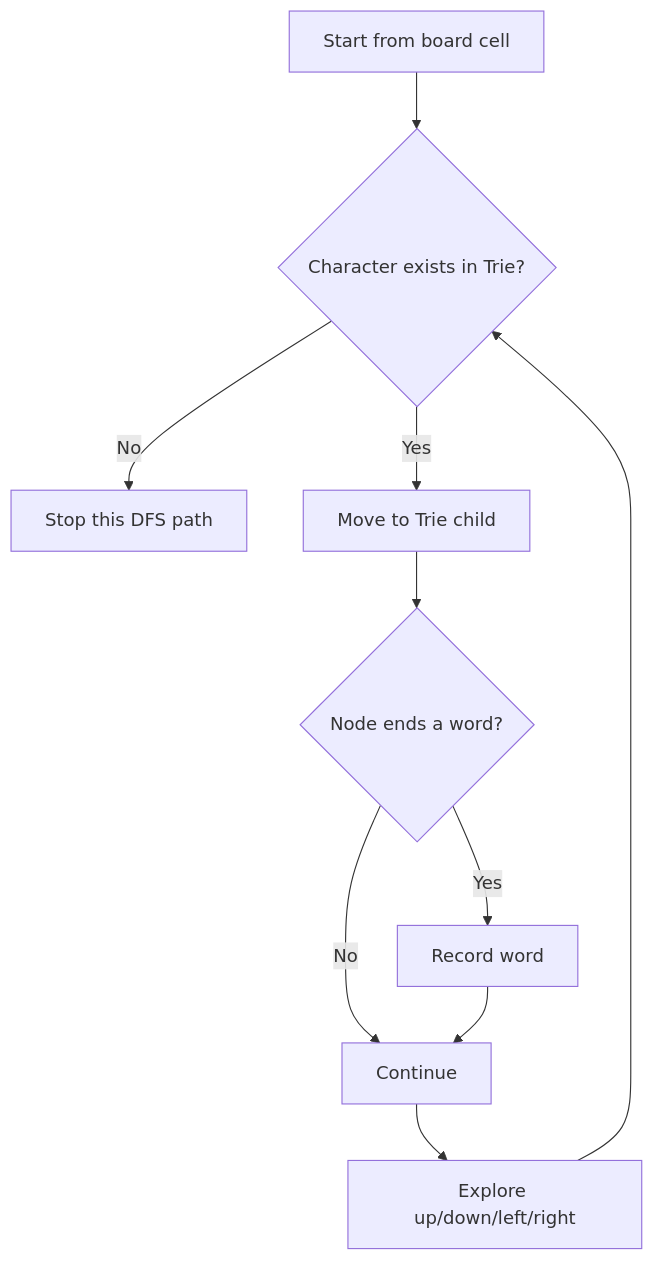
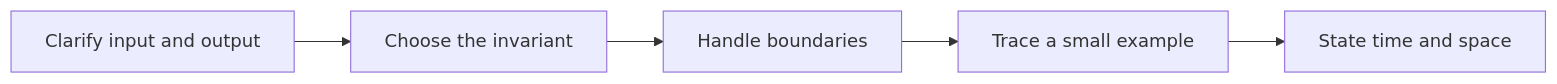
The fourth of 16 diagrams in docs/datastructures/trie.md (9999dude/omega), drawn with Mermaid before and after one commit. The commit also changed other lines of this file and 58 other files, not shown here.

````diff
--- a/docs/datastructures/trie.md
+++ b/docs/datastructures/trie.md
@@ -750,12 +122,7 @@
 ```mermaid
-flowchart TD
-    A["Start from board cell"] --> B{"Character exists in Trie?"}
-    B -- No --> C["Stop this DFS path"]
-    B -- Yes --> D["Move to Trie child"]
-    D --> E{"Node ends a word?"}
-    E -- Yes --> F["Record word"]
-    E -- No --> G["Continue"]
-    F --> G
-    G --> H["Explore up/down/left/right"]
-    H --> B
+flowchart LR
+    A["Clarify input and output"] --> B["Choose the invariant"]
+    B --> C["Handle boundaries"]
+    C --> D["Trace a small example"]
+    D --> E["State time and space"]
 ```
````
